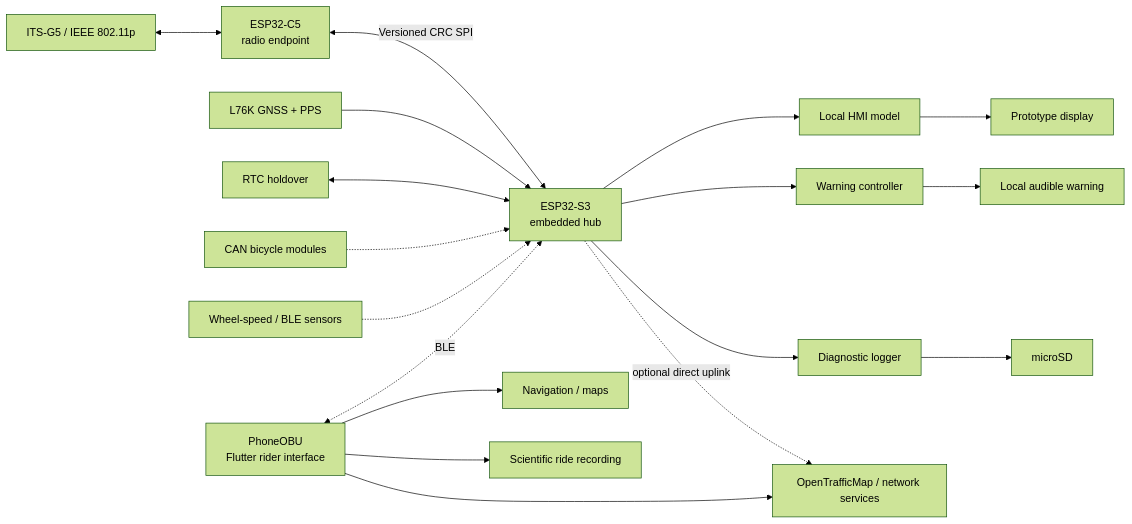
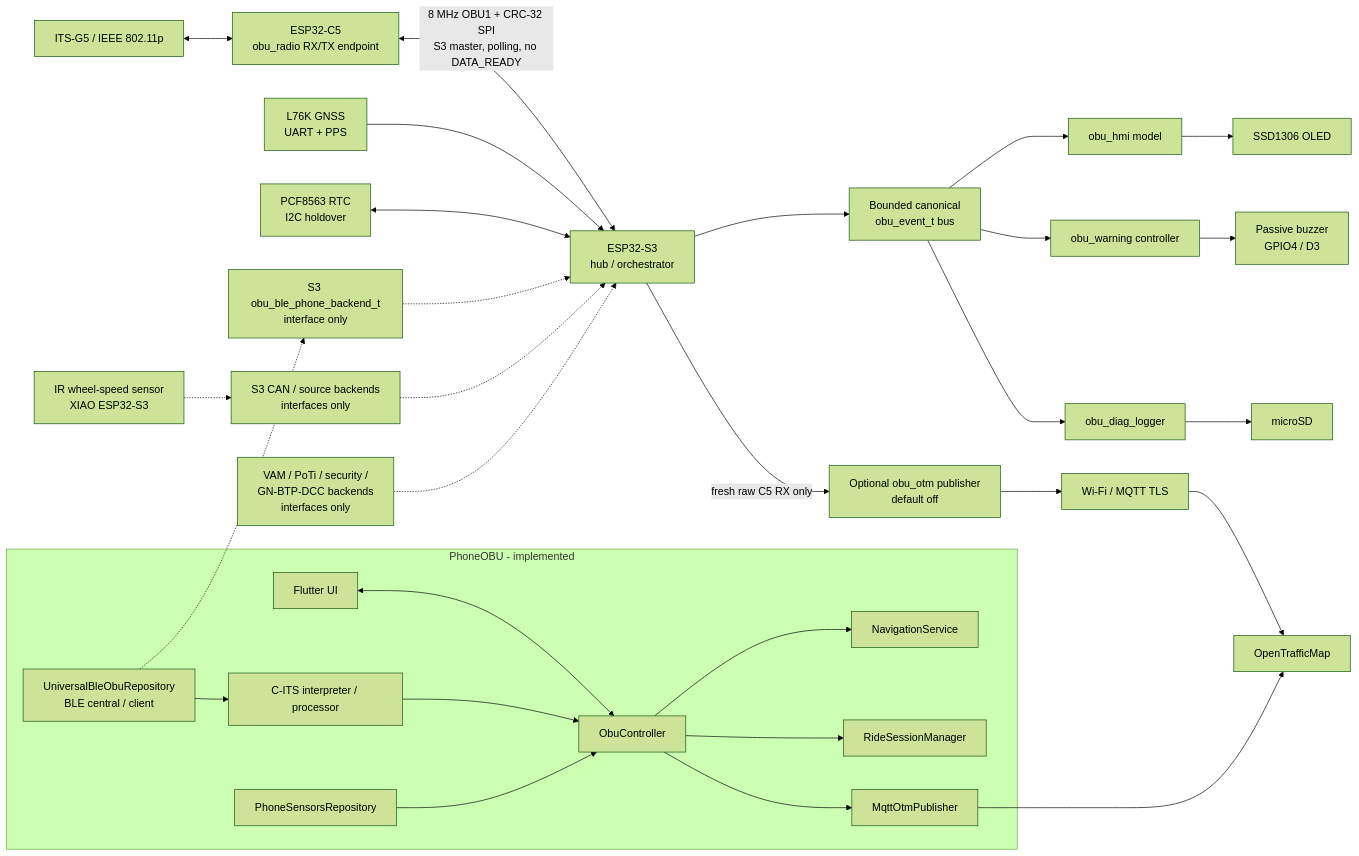
One commit to niklasdathe/BicycleOBU changed the diagram in README.md. Above: the diagram before and after it, drawn with Mermaid (forest theme). The commit also changed other lines of this file, not shown here.

Commit message:
Sync README architecture diagram with pinned implementation

````diff
--- a/README.md
+++ b/README.md
@@ -25,20 +29,35 @@
 ```mermaid
 flowchart LR
-    AIR[ITS-G5 / IEEE 802.11p] <--> C5[ESP32-C5\nradio endpoint]
-    C5 <--> |Versioned CRC SPI| S3[ESP32-S3\nembedded hub]
+    AIR[ITS-G5 / IEEE 802.11p] <--> C5[ESP32-C5<br/>obu_radio RX/TX endpoint]
+    C5 <--> |8 MHz OBU1 + CRC-32 SPI<br/>S3 master, polling, no DATA_READY| S3[ESP32-S3<br/>hub / orchestrator]
 
-    GNSS[L76K GNSS + PPS] --> S3
-    RTC[RTC holdover] <--> S3
-    CAN[CAN bicycle modules] -.-> S3
-    WS[Wheel-speed / BLE sensors] -.-> S3
-    PHONE[PhoneOBU\nFlutter rider interface] <-. BLE .-> S3
+    GNSS[L76K GNSS<br/>UART + PPS] --> S3
+    RTC[PCF8563 RTC<br/>I2C holdover] <--> S3
 
-    S3 --> HMI[Local HMI model] --> DISPLAY[Prototype display]
-    S3 --> WARN[Warning controller] --> BUZZER[Local audible warning]
-    S3 --> LOG[Diagnostic logger] --> SD[microSD]
+    S3 --> BUS[Bounded canonical<br/>obu_event_t bus]
+    BUS --> HMI[obu_hmi model] --> OLED[SSD1306 OLED]
+    BUS --> WARN[obu_warning controller] --> BUZZER[Passive buzzer<br/>GPIO4 / D3]
+    BUS --> LOG[obu_diag_logger] --> SD[microSD]
 
-    PHONE --> NAV[Navigation / maps]
-    PHONE --> RIDE[Scientific ride recording]
-    PHONE --> OTM[OpenTrafficMap / network services]
-    S3 -. optional direct uplink .-> OTM
+    S3 --> |fresh raw C5 RX only| S3OTM[Optional obu_otm publisher<br/>default off]
+    S3OTM --> WIFI[Wi-Fi / MQTT TLS] --> OTM[OpenTrafficMap]
+
+    subgraph PHONE[PhoneOBU - implemented]
+        PUI[Flutter UI] <--> CTRL[ObuController]
+        BLE[UniversalBleObuRepository<br/>BLE central / client] --> CITS[C-ITS interpreter / processor] --> CTRL
+        PSENS[PhoneSensorsRepository] --> CTRL
+        CTRL --> NAV[NavigationService]
+        CTRL --> RIDE[RideSessionManager]
+        CTRL --> POTM[MqttOtmPublisher]
+    end
+
+    POTM --> OTM
+
+    BLE -.-> S3BLE[S3 obu_ble_phone_backend_t<br/>interface only]
+    S3BLE -.-> S3
+
+    WHEEL[IR wheel-speed sensor<br/>XIAO ESP32-S3] -.-> CANIF[S3 CAN / source backends<br/>interfaces only]
+    CANIF -.-> S3
+
+    VBS[VAM / PoTi / security /<br/>GN-BTP-DCC backends<br/>interfaces only] -.-> S3
 ```
````
